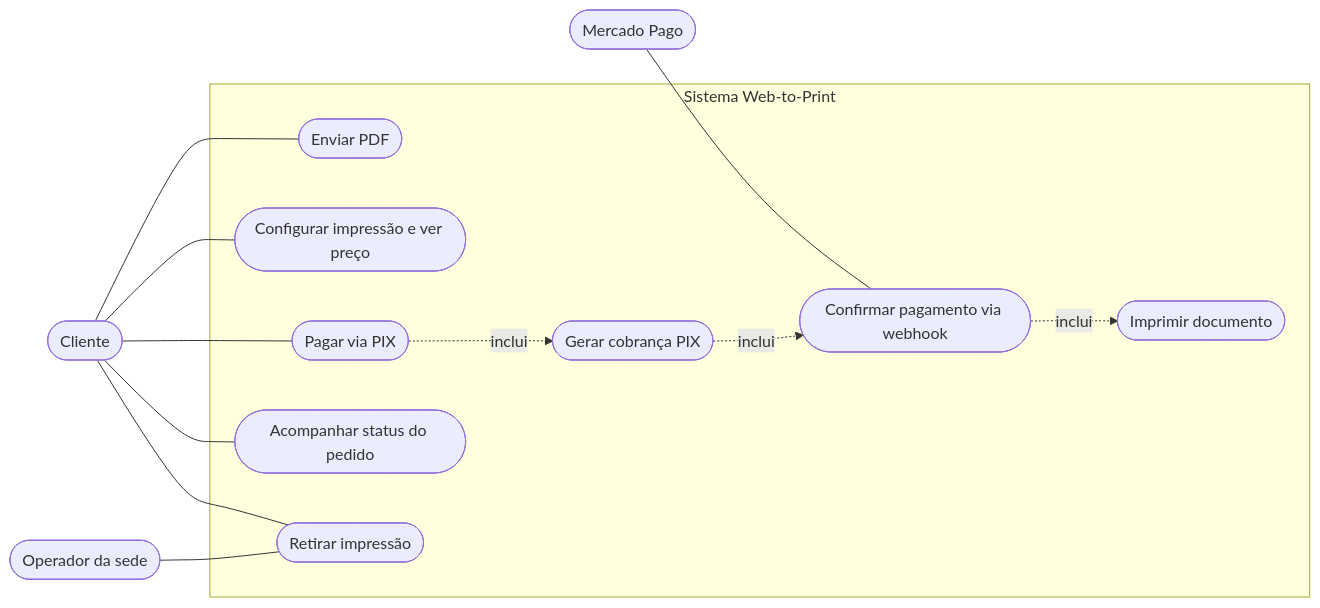
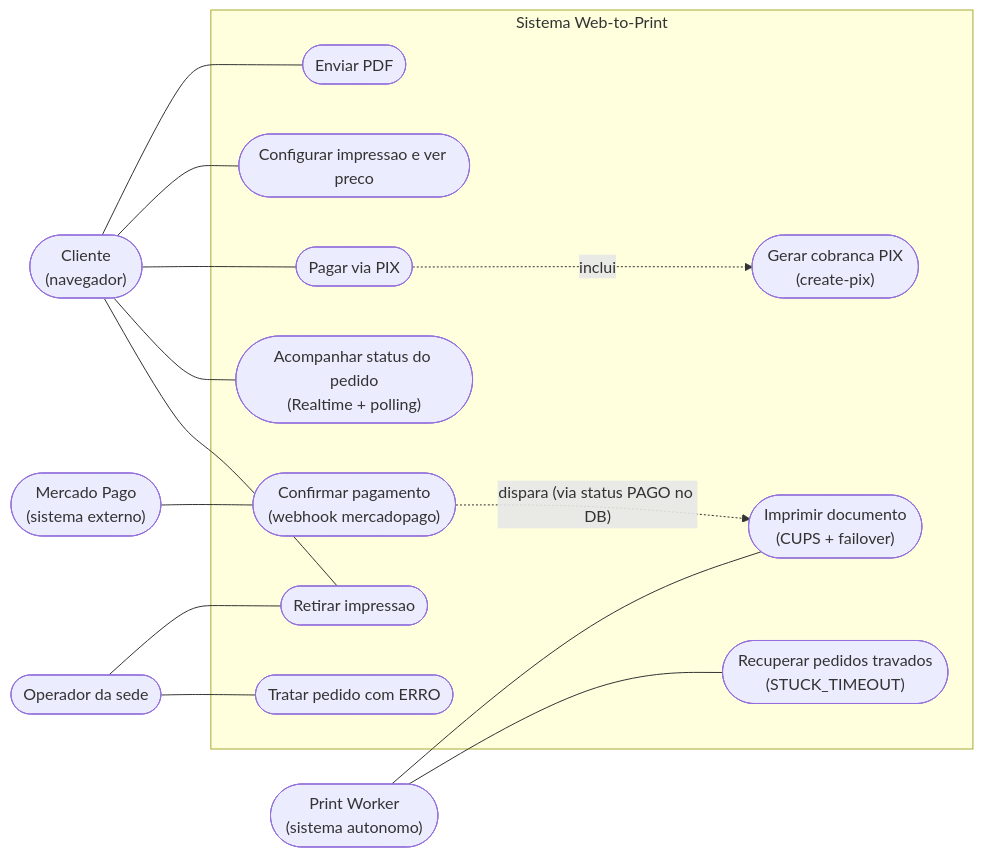
Before and after one commit to filpsl/webTitansFork: the third of 4 diagrams in docs/web-to-print/09-diagramas.md, drawn with Mermaid. The commit also changed other lines of this file, not shown here.

First line of the commit message:
docs(web-to-print): revisar e corrigir 4 diagramas Mermaid do 09-diagramas.md

````diff
--- a/docs/web-to-print/09-diagramas.md
+++ b/docs/web-to-print/09-diagramas.md
@@ -101,28 +157,33 @@
 ```mermaid
 flowchart LR
-  Cliente(["Cliente"])
+  Cliente(["Cliente<br/>(navegador)"])
   Operador(["Operador da sede"])
-  MP(["Mercado Pago"])
+  MP(["Mercado Pago<br/>(sistema externo)"])
+  Worker(["Print Worker<br/>(sistema autonomo)"])
 
   subgraph Sistema["Sistema Web-to-Print"]
     UC1(["Enviar PDF"])
-    UC2(["Configurar impressão e ver preço"])
+    UC2(["Configurar impressao e ver preco"])
     UC3(["Pagar via PIX"])
-    UC4(["Acompanhar status do pedido"])
-    UC5(["Gerar cobrança PIX"])
-    UC6(["Confirmar pagamento via webhook"])
-    UC7(["Imprimir documento"])
-    UC8(["Retirar impressão"])
+    UC4(["Acompanhar status do pedido<br/>(Realtime + polling)"])
+    UC5(["Gerar cobranca PIX<br/>(create-pix)"])
+    UC6(["Confirmar pagamento<br/>(webhook mercadopago)"])
+    UC7(["Imprimir documento<br/>(CUPS + failover)"])
+    UC8(["Recuperar pedidos travados<br/>(STUCK_TIMEOUT)"])
+    UC9(["Retirar impressao"])
+    UC10(["Tratar pedido com ERRO"])
   end
 
   Cliente --- UC1
   Cliente --- UC2
   Cliente --- UC3
   Cliente --- UC4
-  Cliente --- UC8
-  Operador --- UC8
+  Cliente --- UC9
+  Operador --- UC9
+  Operador --- UC10
   MP --- UC6
-  UC3 -.->|inclui| UC5
-  UC5 -.->|inclui| UC6
-  UC6 -.->|inclui| UC7
+  Worker --- UC7
+  Worker --- UC8
+  UC3 -.->|"inclui"| UC5
+  UC6 -.->|"dispara (via status PAGO no DB)"| UC7
 ```
````
